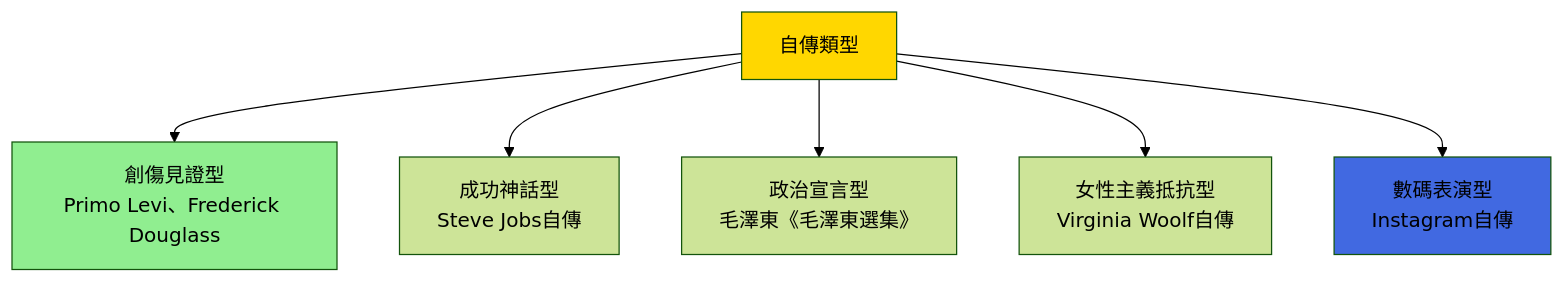
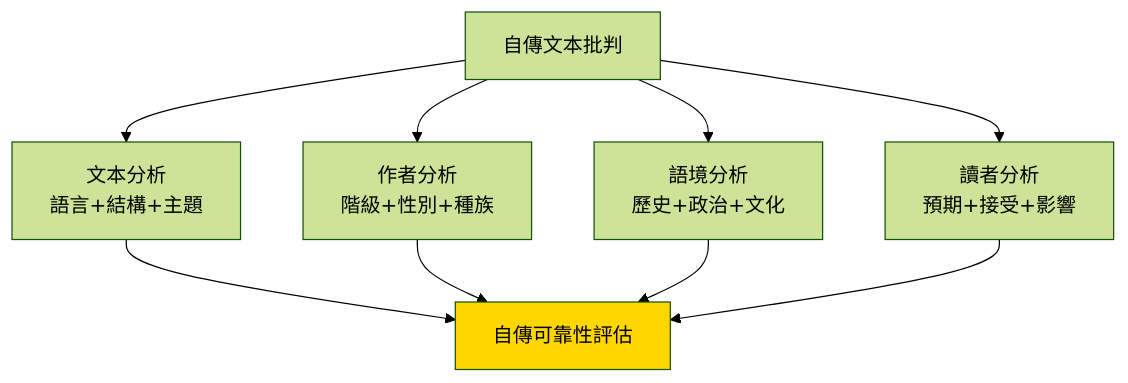
Before and after one commit to yip-lgtm/HKU-Harvard-History-Self-Study: the sixth of 10 diagrams in 01_HKU_Courses/HIST2070_Stories_of_Self.md, drawn with Mermaid (forest theme). The commit also changed other lines of this file and 25 other files, not shown here.

````diff
--- a/01_HKU_Courses/HIST2070_Stories_of_Self.md
+++ b/01_HKU_Courses/HIST2070_Stories_of_Self.md
@@ -188,11 +268,12 @@
 ```mermaid
 graph TD
-    A["自傳類型"] --> B["創傷見證型<br/>Primo Levi、Frederick Douglass"]
-    A --> C["成功神話型<br/>Steve Jobs自傳"]
-    A --> D["政治宣言型<br/>毛澤東《毛澤東選集》"]
-    A --> E["女性主義抵抗型<br/>Virginia Woolf自傳"]
-    A --> F["數碼表演型<br/>Instagram自傳"]
-    style A fill:#FFD700
-    style B fill:#90EE90
-    style F fill:#4169E1
+    A["自傳文本批判"] --> B["文本分析<br/>語言+結構+主題"]
+    A --> C["作者分析<br/>階級+性別+種族"]
+    A --> D["語境分析<br/>歷史+政治+文化"]
+    A --> E["讀者分析<br/>預期+接受+影響"]
+    B --> F["自傳可靠性評估"]
+    C --> F
+    D --> F
+    E --> F
+    style F fill:#FFD700
 ```
````
